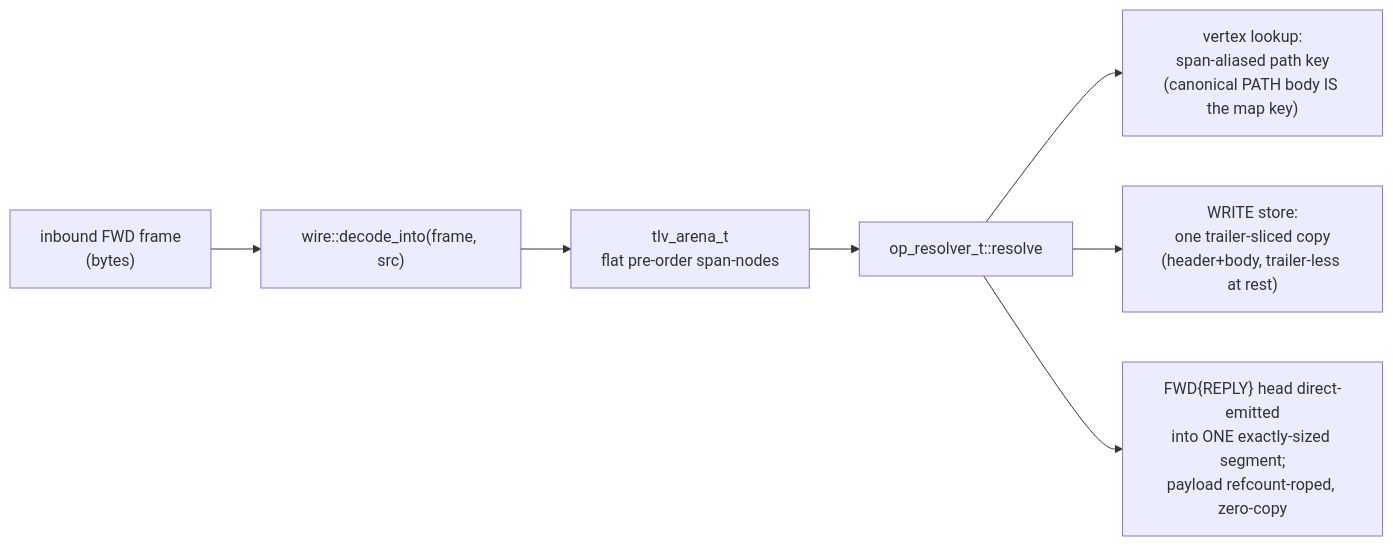
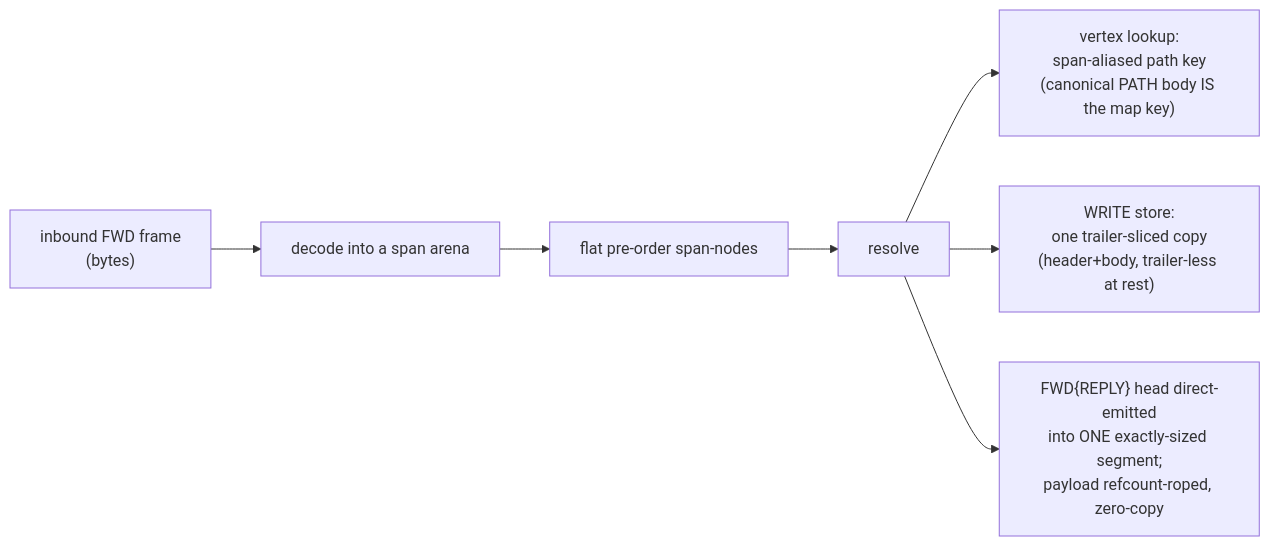
Before and after one commit to avatarsd-llc/libtracer: the sixth of 7 diagrams in docs/reference/05-protocol-tlvs.md, drawn with Mermaid. The commit also changed other lines of this file and 45 other files, not shown here.

````diff
--- a/docs/reference/05-protocol-tlvs.md
+++ b/docs/reference/05-protocol-tlvs.md
@@ -824,9 +884,9 @@
 ```{mermaid}
 flowchart LR
-    F["inbound FWD frame<br/>(bytes)"] --> D["wire::decode_into(frame, src)"]
-    D --> A["tlv_arena_t<br/>flat pre-order span-nodes"]
-    A --> R["op_resolver_t::resolve"]
+    F["inbound FWD frame<br/>(bytes)"] --> D["decode into a span arena"]
+    D --> A["flat pre-order span-nodes"]
+    A --> R["resolve"]
     R --> K["vertex lookup:<br/>span-aliased path key<br/>(canonical PATH body IS the map key)"]
     R --> S["WRITE store:<br/>one trailer-sliced copy<br/>(header+body, trailer-less at rest)"]
     R --> E["FWD{REPLY} head direct-emitted<br/>into ONE exactly-sized segment;<br/>payload refcount-roped, zero-copy"]
 ```
````
